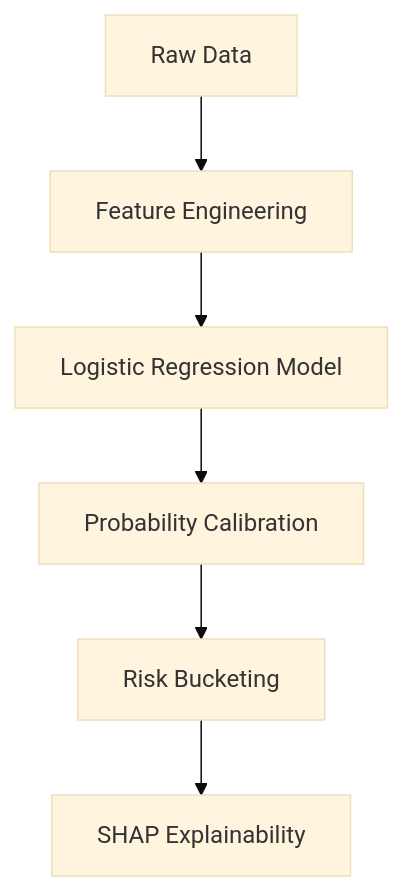
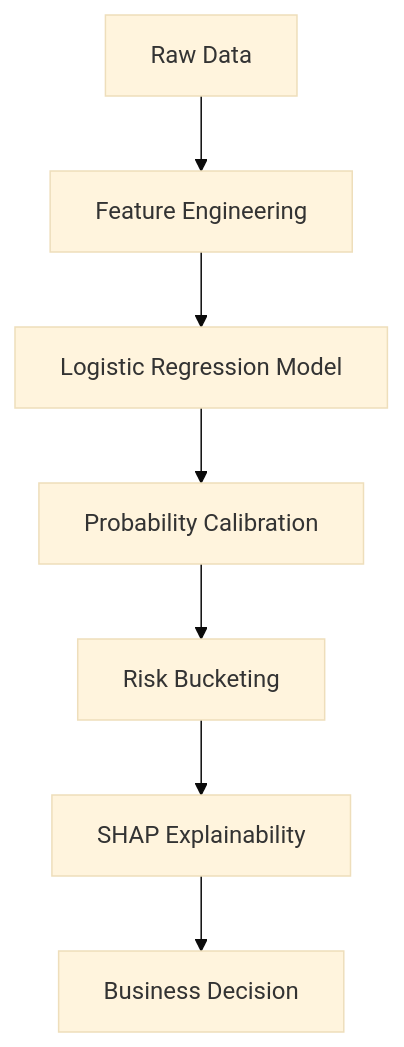
The diagram in README.md (pratiksingh1296/credit-risk-modeling), drawn with Mermaid (base theme) before and after one commit. The commit also changed other lines of this file, not shown here.

````diff
--- a/README.md
+++ b/README.md
@@ -17,8 +17,9 @@
 ```mermaid
 graph TD
 A[Raw Data] --> B[Feature Engineering]
 B --> C[Logistic Regression Model]
 C --> D[Probability Calibration]
 D --> E[Risk Bucketing]
 E --> F[SHAP Explainability]
+F --> G[Business Decision]
 ```
````
